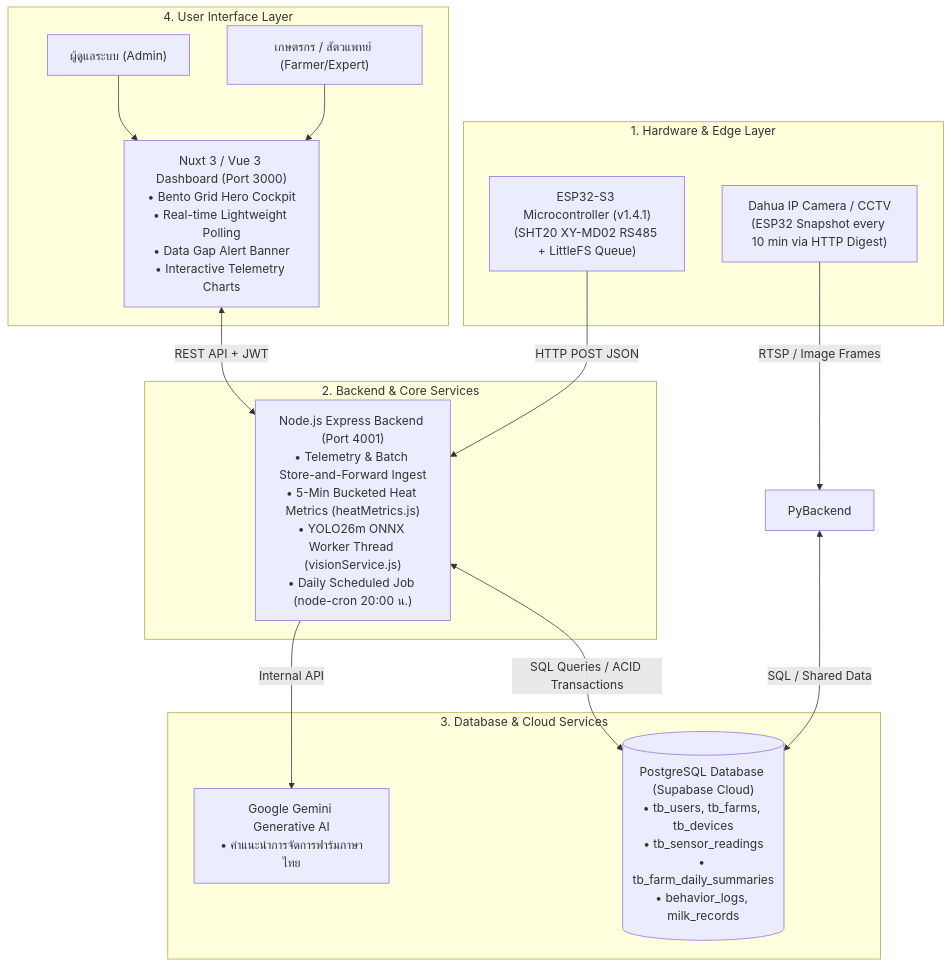
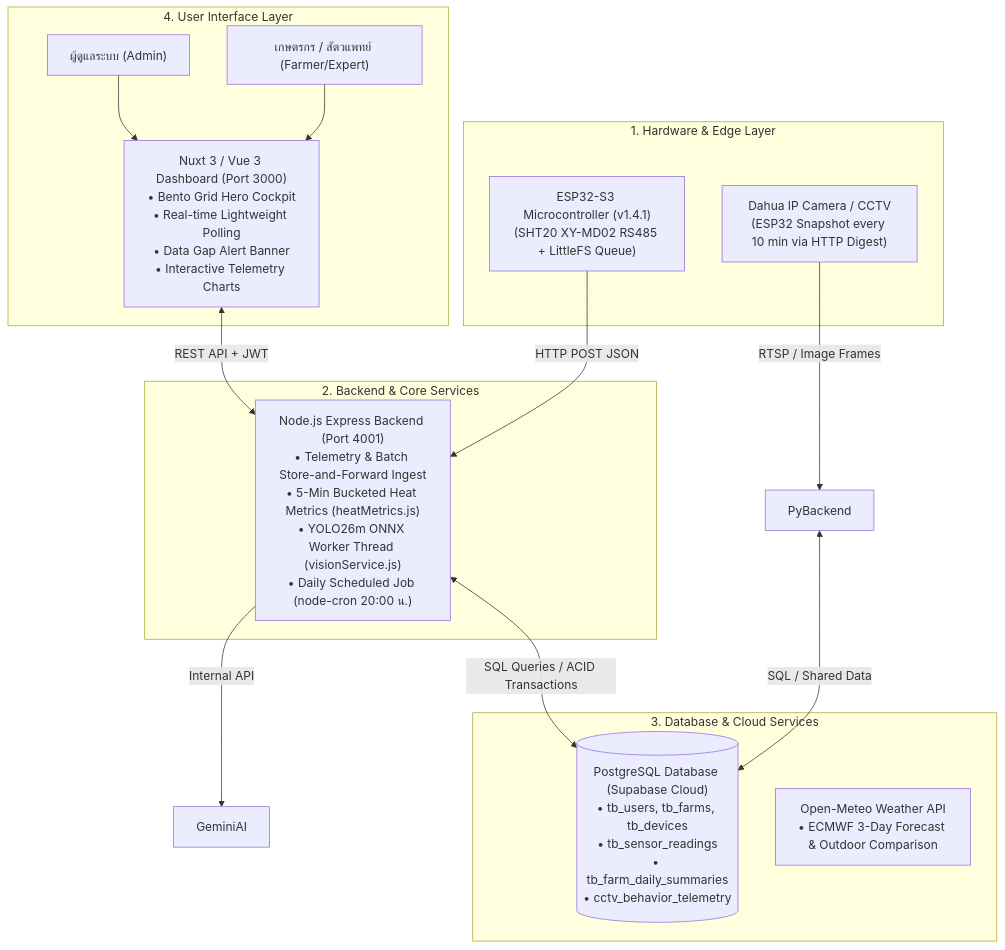
Before and after one commit to peetph22-ship-it/Cow_detect: the first of 2 diagrams in PROJECT_OVERVIEW.md, drawn with Mermaid. The commit also changed other lines of this file and 13 other files, not shown here.

````diff
--- a/PROJECT_OVERVIEW.md
+++ b/PROJECT_OVERVIEW.md
@@ -35,30 +35,30 @@
 ```mermaid
 flowchart TD
     subgraph EdgeHardware["1. Hardware & Edge Layer"]
         IoT["ESP32-S3 Microcontroller (v1.4.1)<br/>(SHT20 XY-MD02 RS485 + LittleFS Queue)"]
         CAM["Dahua IP Camera / CCTV<br/>(ESP32 Snapshot every 10 min via HTTP Digest)"]
     end
 
     subgraph BackendServices["2. Backend & Core Services"]
         NodeServer["Node.js Express Backend (Port 4001)<br/>• Telemetry & Batch Store-and-Forward Ingest<br/>• 5-Min Bucketed Heat Metrics (heatMetrics.js)<br/>• YOLO26m ONNX Worker Thread (visionService.js)<br/>• Daily Scheduled Job (node-cron 20:00 น.)"]
     end
 
     subgraph DataStorage["3. Database & Cloud Services"]
-        SupabaseDB[("PostgreSQL Database (Supabase Cloud)<br/>• tb_users, tb_farms, tb_devices<br/>• tb_sensor_readings<br/>• tb_farm_daily_summaries<br/>• behavior_logs, milk_records")]
-        GeminiAI["Google Gemini Generative AI<br/>• คำแนะนำการจัดการฟาร์มภาษาไทย"]
+        SupabaseDB[("PostgreSQL Database (Supabase Cloud)<br/>• tb_users, tb_farms, tb_devices<br/>• tb_sensor_readings<br/>• tb_farm_daily_summaries<br/>• cctv_behavior_telemetry")]
+        OpenMeteo["Open-Meteo Weather API<br/>• ECMWF 3-Day Forecast & Outdoor Comparison"]
     end
 
     subgraph ClientLayer["4. User Interface Layer"]
         NuxtClient["Nuxt 3 / Vue 3 Dashboard (Port 3000)<br/>• Bento Grid Hero Cockpit<br/>• Real-time Lightweight Polling<br/>• Data Gap Alert Banner<br/>• Interactive Telemetry Charts"]
         AdminUser["ผู้ดูแลระบบ (Admin)"]
         FarmerUser["เกษตรกร / สัตวแพทย์ (Farmer/Expert)"]
     end
 
     IoT -->|HTTP POST JSON| NodeServer
     CAM -->|RTSP / Image Frames| PyBackend
     NodeServer <-->|SQL Queries / ACID Transactions| SupabaseDB
     NodeServer -->|Internal API| GeminiAI
     PyBackend <-->|SQL / Shared Data| SupabaseDB
     NuxtClient <-->|REST API + JWT| NodeServer
     AdminUser & FarmerUser --> NuxtClient
 ```
````
